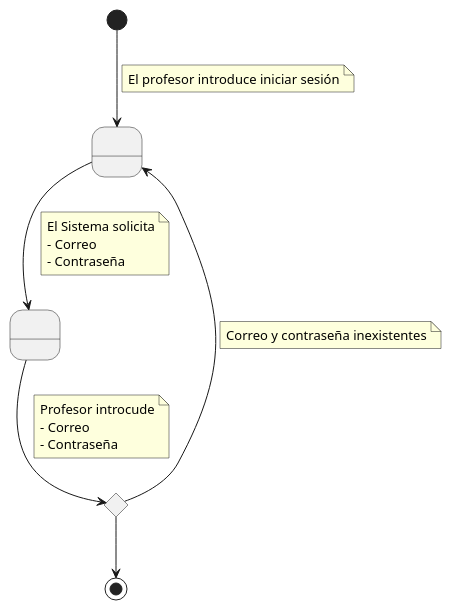
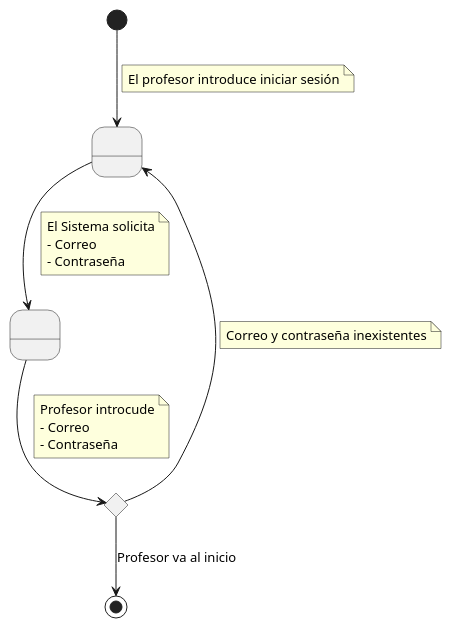
One commit to mmasias/24-25-IdSw1-SDR changed the diagram in Documentos/DetallarCasosDeUso/IniciarSesionProfesor.puml. Above: the diagram before and after it, drawn with PlantUML. The commit also changed 5 other files, not shown here.

```diff
--- a/Documentos/DetallarCasosDeUso/IniciarSesionProfesor.puml
+++ b/Documentos/DetallarCasosDeUso/IniciarSesionProfesor.puml
@@ -1,28 +1,28 @@
 @startuml
 
 state " " as Estado1
 state " " as Estado2
 
 [*] --> Estado1
     note on link
         El profesor introduce iniciar sesión
     end note
 Estado1 --> Estado2
     note on link
         El Sistema solicita
         - Correo
         - Contraseña
     end note
 state rombo <<choice>>
 Estado2 --> rombo
 note on link
     Profesor introcude
     - Correo
     - Contraseña
 end note
-rombo --> [*]
+rombo --> [*] : Profesor va al inicio
 rombo --> Estado1
     note on link
     Correo y contraseña inexistentes
     end note
 @enduml
```
